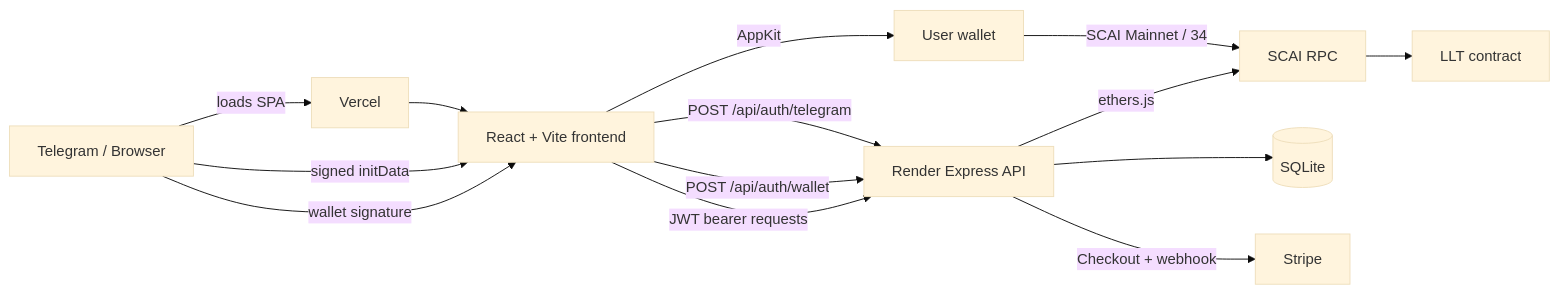
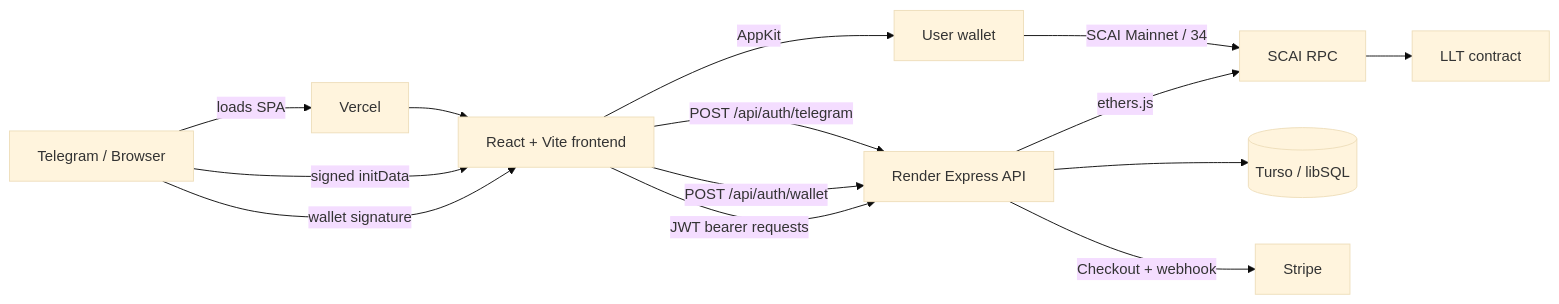
One commit to feudcommon/lottery_project changed the first of 2 diagrams in architecture.md. Above: the diagram before and after it, drawn with Mermaid (base theme). The commit also changed other lines of this file and 13 other files, not shown here.

````diff
--- a/architecture.md
+++ b/architecture.md
@@ -5,16 +5,16 @@
 ```mermaid
 flowchart LR
   T[Telegram / Browser] -->|loads SPA| V[Vercel]
   V --> F[React + Vite frontend]
   T -->|signed initData| F
   T -->|wallet signature| F
   F -->|POST /api/auth/telegram| A[Render Express API]
   F -->|POST /api/auth/wallet| A
   F -->|JWT bearer requests| A
   F -->|AppKit| M[User wallet]
   M -->|SCAI Mainnet / 34| R[SCAI RPC]
-  A --> Q[(SQLite)]
+  A --> Q[(Turso / libSQL)]
   A -->|ethers.js| R
   A -->|Checkout + webhook| ST[Stripe]
   R --> L[LLT contract]
 ```
````
